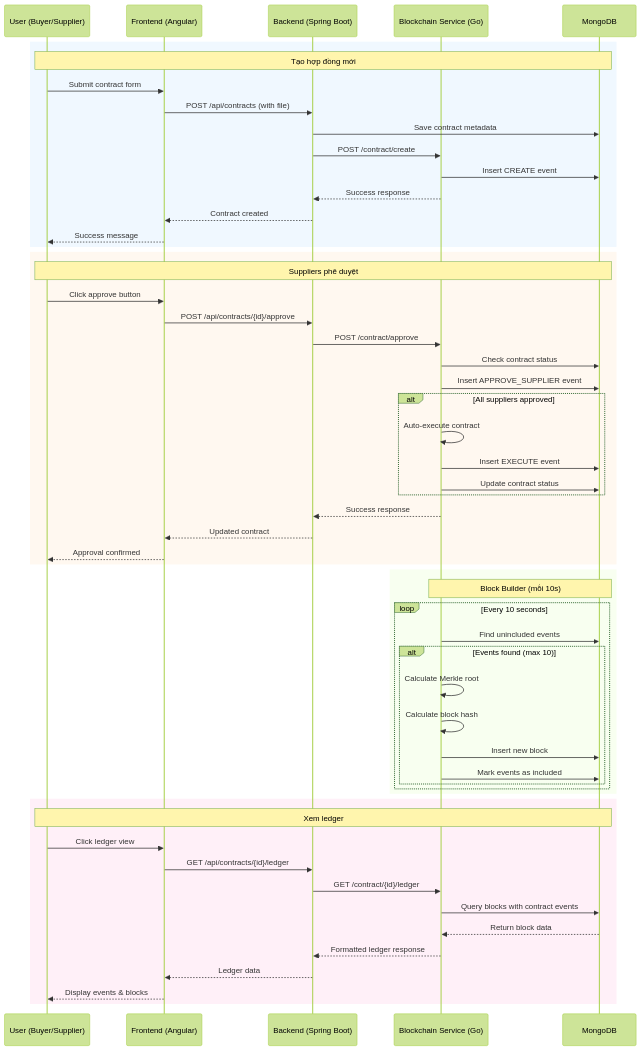
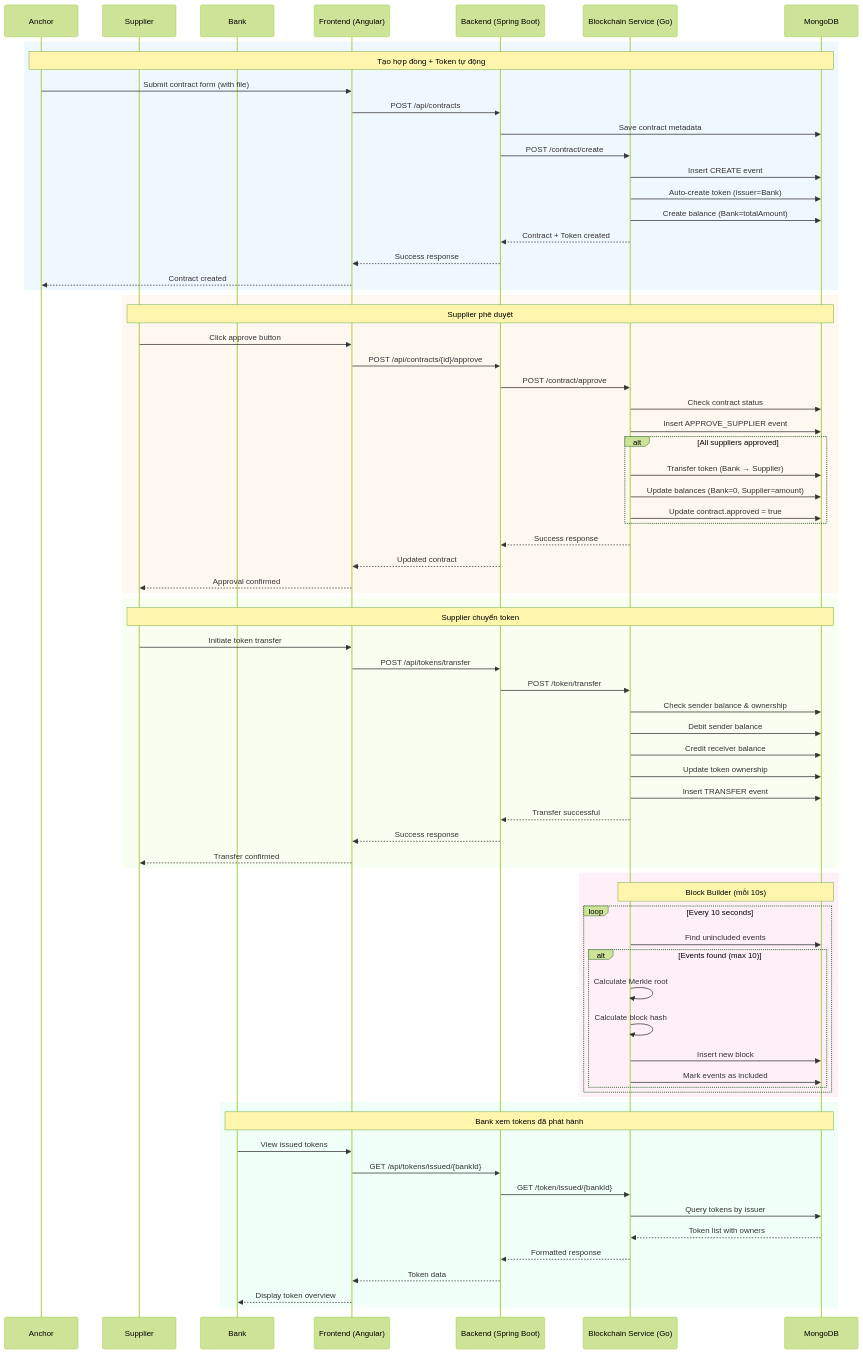
One commit to trunghc97/blockchain changed the diagram in README.md. Above: the diagram before and after it, drawn with Mermaid (forest theme). The commit also changed other lines of this file, not shown here.

````diff
--- a/README.md
+++ b/README.md
@@ -167,46 +204,66 @@
 ```mermaid
 sequenceDiagram
-    participant U as User (Buyer/Supplier)
+    participant A as Anchor
+    participant S as Supplier
+    participant B as Bank
     participant FE as Frontend (Angular)
     participant BE as Backend (Spring Boot)
     participant BC as Blockchain Service (Go)
     participant DB as MongoDB
 
-    %% 1. Tạo hợp đồng
+    %% 1. Tạo hợp đồng & Token
     rect rgb(240, 248, 255)
-        Note over U,DB: Tạo hợp đồng mới
-        U->>FE: Submit contract form
-        FE->>BE: POST /api/contracts (with file)
+        Note over A,DB: Tạo hợp đồng + Token tự động
+        A->>FE: Submit contract form (with file)
+        FE->>BE: POST /api/contracts
         BE->>DB: Save contract metadata
         BE->>BC: POST /contract/create
         BC->>DB: Insert CREATE event
-        BC-->>BE: Success response
-        BE-->>FE: Contract created
-        FE-->>U: Success message
+        BC->>DB: Auto-create token (issuer=Bank)
+        BC->>DB: Create balance (Bank=totalAmount)
+        BC-->>BE: Contract + Token created
+        BE-->>FE: Success response
+        FE-->>A: Contract created
     end
 
-    %% 2. Phê duyệt hợp đồng
+    %% 2. Phê duyệt & Transfer Token
     rect rgb(255, 248, 240)
-        Note over U,DB: Suppliers phê duyệt
-        U->>FE: Click approve button
+        Note over S,DB: Supplier phê duyệt
+        S->>FE: Click approve button
         FE->>BE: POST /api/contracts/{id}/approve
         BE->>BC: POST /contract/approve
         BC->>DB: Check contract status
         BC->>DB: Insert APPROVE_SUPPLIER event
 
         alt All suppliers approved
-            BC->>BC: Auto-execute contract
-            BC->>DB: Insert EXECUTE event
-            BC->>DB: Update contract status
+            BC->>DB: Transfer token (Bank → Supplier)
+            BC->>DB: Update balances (Bank=0, Supplier=amount)
+            BC->>DB: Update contract.approved = true
         end
 
         BC-->>BE: Success response
         BE-->>FE: Updated contract
-        FE-->>U: Approval confirmed
+        FE-->>S: Approval confirmed
     end
 
-    %% 3. Block building (chạy định kỳ)
+    %% 3. Token Transfer
     rect rgb(248, 255, 240)
+        Note over S,DB: Supplier chuyển token
+        S->>FE: Initiate token transfer
+        FE->>BE: POST /api/tokens/transfer
+        BE->>BC: POST /token/transfer
+        BC->>DB: Check sender balance & ownership
+        BC->>DB: Debit sender balance
+        BC->>DB: Credit receiver balance
+        BC->>DB: Update token ownership
+        BC->>DB: Insert TRANSFER event
+        BC-->>BE: Transfer successful
+        BE-->>FE: Success response
+        FE-->>S: Transfer confirmed
+    end
+
+    %% 4. Block building (chạy định kỳ)
+    rect rgb(255, 240, 248)
         Note over BC,DB: Block Builder (mỗi 10s)
         loop Every 10 seconds
             BC->>DB: Find unincluded events
@@ -219,16 +276,16 @@
         end
     end
 
-    %% 4. Truy vấn ledger
-    rect rgb(255, 240, 248)
-        Note over U,DB: Xem ledger
-        U->>FE: Click ledger view
-        FE->>BE: GET /api/contracts/{id}/ledger
-        BE->>BC: GET /contract/{id}/ledger
-        BC->>DB: Query blocks with contract events
-        DB-->>BC: Return block data
-        BC-->>BE: Formatted ledger response
-        BE-->>FE: Ledger data
-        FE-->>U: Display events & blocks
+    %% 5. Bank xem tokens
+    rect rgb(240, 255, 248)
+        Note over B,DB: Bank xem tokens đã phát hành
+        B->>FE: View issued tokens
+        FE->>BE: GET /api/tokens/issued/{bankId}
+        BE->>BC: GET /token/issued/{bankId}
+        BC->>DB: Query tokens by issuer
+        DB-->>BC: Token list with owners
+        BC-->>BE: Formatted response
+        BE-->>FE: Token data
+        FE-->>B: Display token overview
     end
 ```
````
